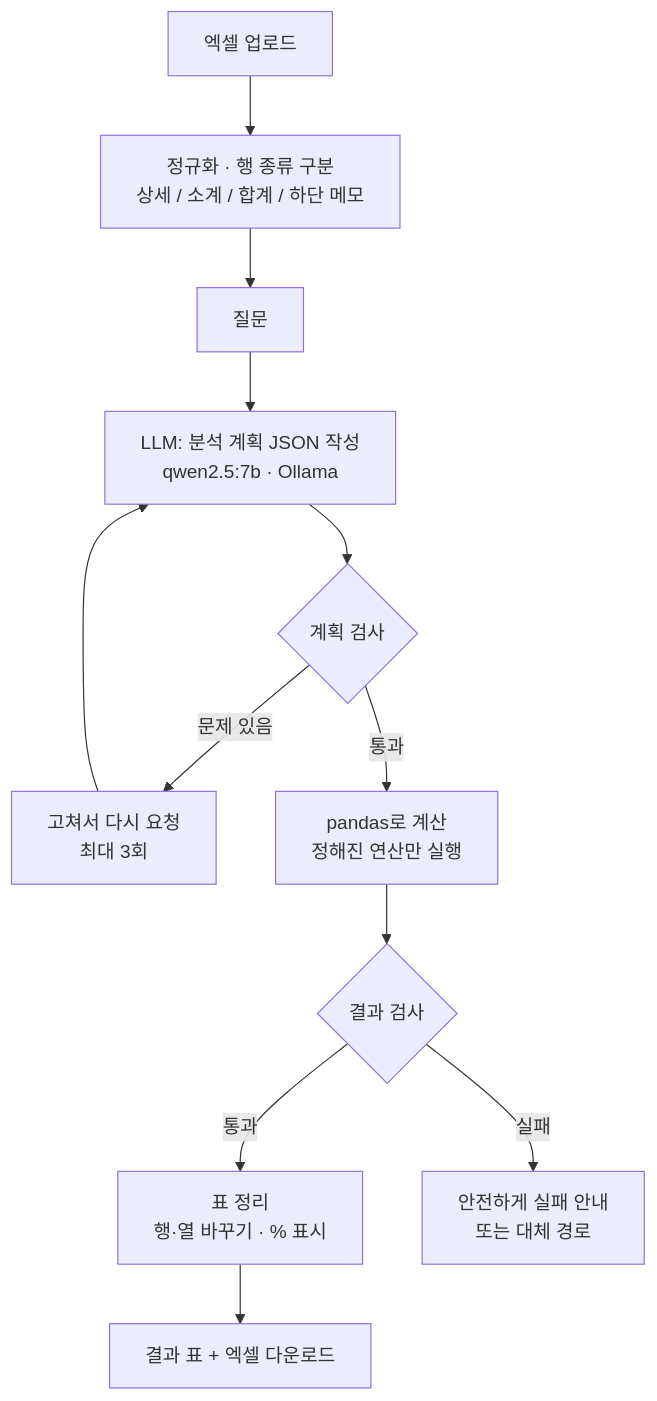
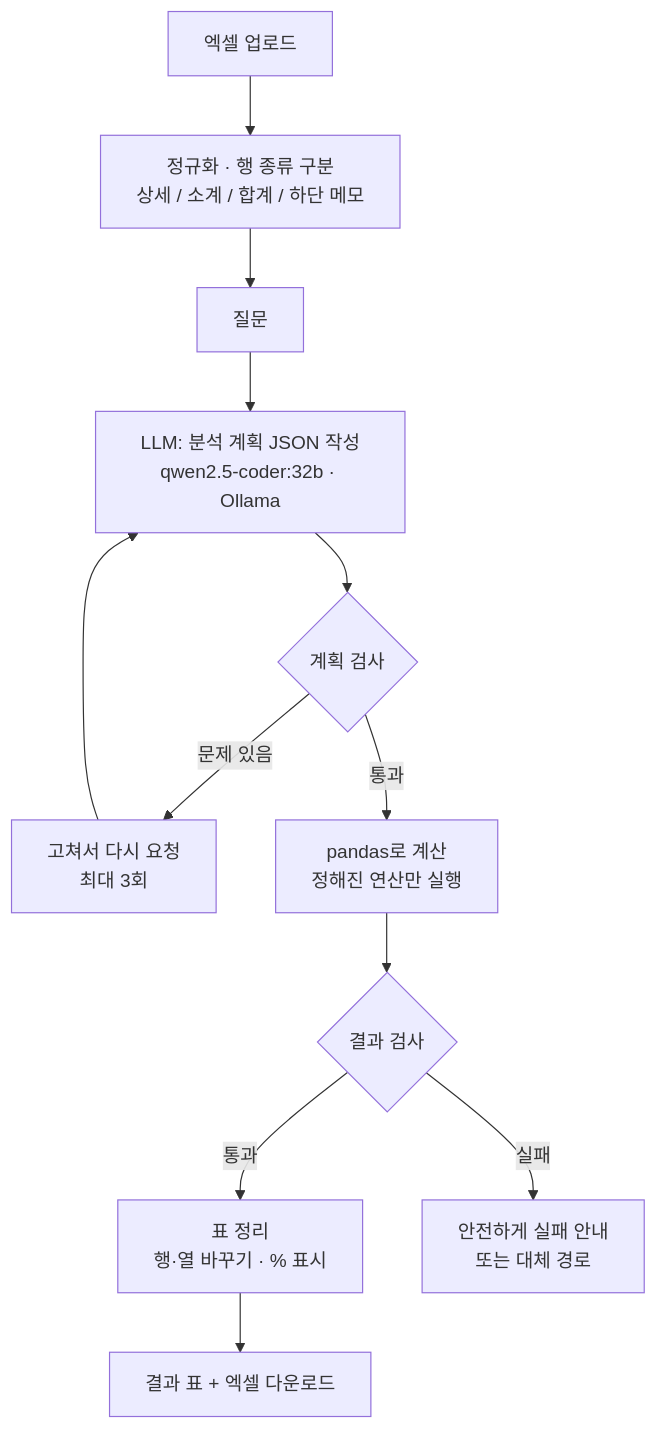
Before and after one commit to Jihei-Boun/excel_ai_analyzer: the diagram in README.md, drawn with Mermaid. The commit also changed other lines of this file and 2 other files, not shown here.

First line of the commit message:
feat: make qwen2.5-coder:32b the app's default analysis model

````diff
--- a/README.md
+++ b/README.md
@@ -49,14 +49,14 @@
 ```mermaid
 flowchart TD
     A[엑셀 업로드] --> B[정규화 · 행 종류 구분<br/>상세 / 소계 / 합계 / 하단 메모]
     B --> C[질문]
-    C --> D[LLM: 분석 계획 JSON 작성<br/>qwen2.5:7b · Ollama]
+    C --> D[LLM: 분석 계획 JSON 작성<br/>qwen2.5-coder:32b · Ollama]
     D --> E{계획 검사}
     E -->|문제 있음| F[고쳐서 다시 요청<br/>최대 3회]
     F --> D
     E -->|통과| G[pandas로 계산<br/>정해진 연산만 실행]
     G --> H{결과 검사}
     H -->|통과| I[표 정리<br/>행·열 바꾸기 · % 표시]
     I --> J[결과 표 + 엑셀 다운로드]
     H -->|실패| K[안전하게 실패 안내<br/>또는 대체 경로]
 ```
````
